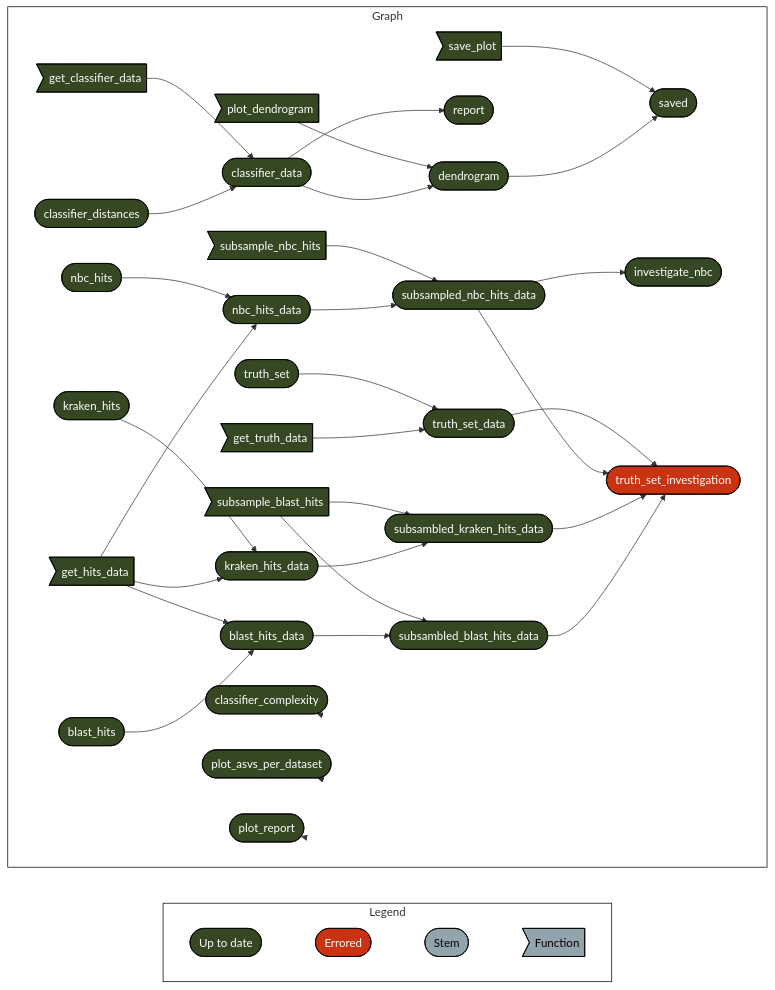
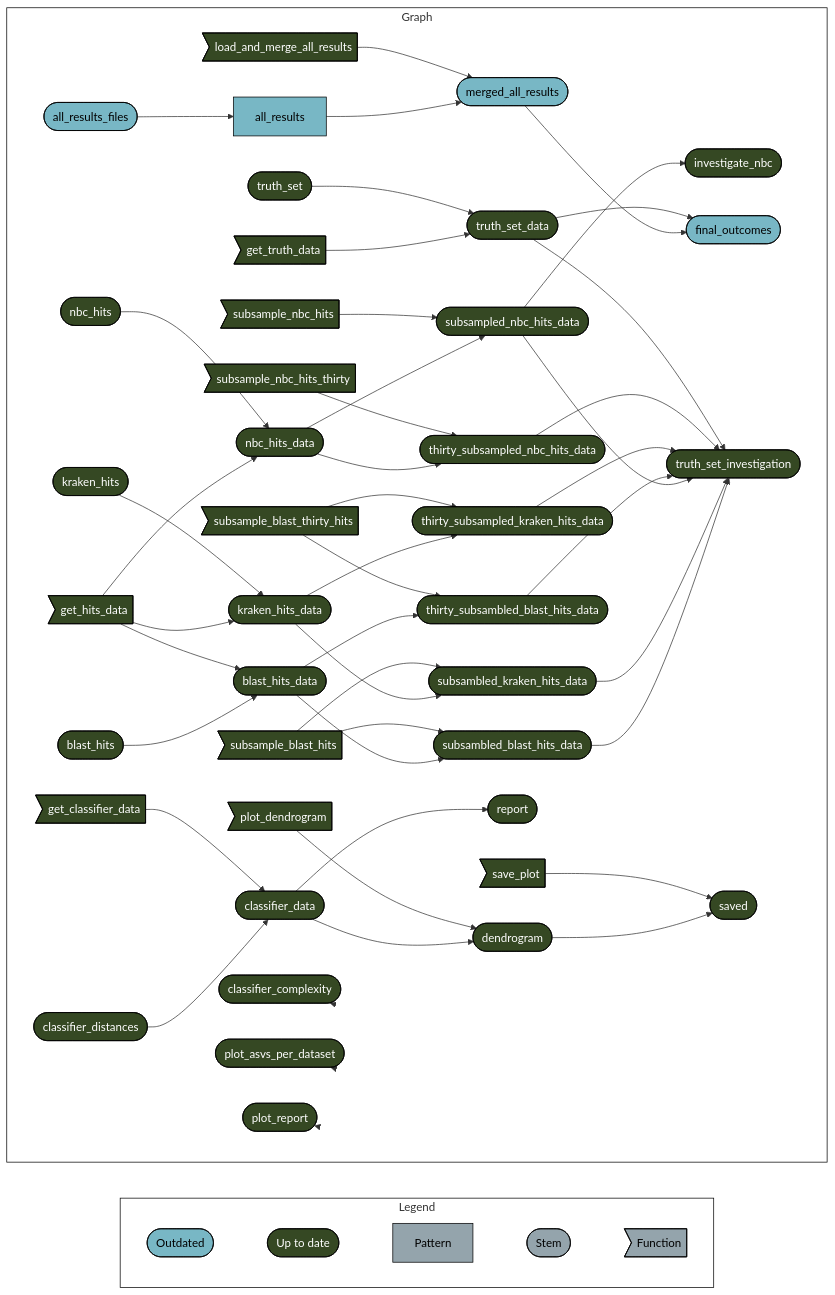
One commit to Computational-Biology-OceanOmics/OceanOmics-classifier-comparison changed the diagram in README.md. Above: the diagram before and after it, drawn with Mermaid.

Commit message:
upgrade mermaid graph

````diff
--- a/README.md
+++ b/README.md
@@ -29,52 +29,68 @@
 ```mermaid
 graph LR
   style Legend fill:#FFFFFF00,stroke:#000000;
   style Graph fill:#FFFFFF00,stroke:#000000;
   subgraph Legend
     direction LR
-    x7420bd9270f8d27d([""Up to date""]):::uptodate --- x4b0c520b8bc07c5b([""Errored""]):::errored
-    x4b0c520b8bc07c5b([""Errored""]):::errored --- xbf4603d6c2c2ad6b([""Stem""]):::none
+    x0a52b03877696646([""Outdated""]):::outdated --- x7420bd9270f8d27d([""Up to date""]):::uptodate
+    x7420bd9270f8d27d([""Up to date""]):::uptodate --- x70a5fa6bea6f298d[""Pattern""]:::none
+    x70a5fa6bea6f298d[""Pattern""]:::none --- xbf4603d6c2c2ad6b([""Stem""]):::none
     xbf4603d6c2c2ad6b([""Stem""]):::none --- xf0bce276fe2b9d3e>""Function""]:::none
   end
   subgraph Graph
     direction LR
     x544a22aeaed1b2e4>"get_truth_data"]:::uptodate --> xbdd42ceae2a54d2c(["truth_set_data"]):::uptodate
     x70199d3b1152e374(["truth_set"]):::uptodate --> xbdd42ceae2a54d2c(["truth_set_data"]):::uptodate
+    x9024d58abea360f6(["kraken_hits_data"]):::uptodate --> xc4269aa5995e6a3f(["subsambled_kraken_hits_data"]):::uptodate
+    xa731a5475c946be2>"subsample_blast_hits"]:::uptodate --> xc4269aa5995e6a3f(["subsambled_kraken_hits_data"]):::uptodate
+    xa63f30966279f049["all_results"]:::outdated --> x92e63fc22641faa5(["merged_all_results"]):::outdated
+    x38eaffe45ba1cf7e>"load_and_merge_all_results"]:::uptodate --> x92e63fc22641faa5(["merged_all_results"]):::outdated
+    xcc0ae95627a4c782(["subsampled_nbc_hits_data"]):::uptodate --> x046634d8ccbfc029(["investigate_nbc"]):::uptodate
+    x837f996ab35491da>"get_hits_data"]:::uptodate --> x42612793169637e0(["nbc_hits_data"]):::uptodate
+    x5117ea88dbd5add2(["nbc_hits"]):::uptodate --> x42612793169637e0(["nbc_hits_data"]):::uptodate
+    x92e63fc22641faa5(["merged_all_results"]):::outdated --> x8fccb58057b5e5e1(["final_outcomes"]):::outdated
+    xbdd42ceae2a54d2c(["truth_set_data"]):::uptodate --> x8fccb58057b5e5e1(["final_outcomes"]):::outdated
+    x7477a20106b865a4(["subsambled_blast_hits_data"]):::uptodate --> xc7b5a37005176fd4(["truth_set_investigation"]):::uptodate
+    xc4269aa5995e6a3f(["subsambled_kraken_hits_data"]):::uptodate --> xc7b5a37005176fd4(["truth_set_investigation"]):::uptodate
+    xcc0ae95627a4c782(["subsampled_nbc_hits_data"]):::uptodate --> xc7b5a37005176fd4(["truth_set_investigation"]):::uptodate
+    xf80ecf3117225a62(["thirty_subsambled_blast_hits_data"]):::uptodate --> xc7b5a37005176fd4(["truth_set_investigation"]):::uptodate
+    x9f533bb9ed6cc0bf(["thirty_subsampled_kraken_hits_data"]):::uptodate --> xc7b5a37005176fd4(["truth_set_investigation"]):::uptodate
+    x25ebbc9fc53b1418(["thirty_subsampled_nbc_hits_data"]):::uptodate --> xc7b5a37005176fd4(["truth_set_investigation"]):::uptodate
+    xbdd42ceae2a54d2c(["truth_set_data"]):::uptodate --> xc7b5a37005176fd4(["truth_set_investigation"]):::uptodate
+    x42612793169637e0(["nbc_hits_data"]):::uptodate --> x25ebbc9fc53b1418(["thirty_subsampled_nbc_hits_data"]):::uptodate
+    x476c8f557e2b0910>"subsample_nbc_hits_thirty"]:::uptodate --> x25ebbc9fc53b1418(["thirty_subsampled_nbc_hits_data"]):::uptodate
     xc65a25d9d96e8f7c(["blast_hits"]):::uptodate --> xe9d8f2de59f79fa1(["blast_hits_data"]):::uptodate
     x837f996ab35491da>"get_hits_data"]:::uptodate --> xe9d8f2de59f79fa1(["blast_hits_data"]):::uptodate
-    x837f996ab35491da>"get_hits_data"]:::uptodate --> x42612793169637e0(["nbc_hits_data"]):::uptodate
-    x5117ea88dbd5add2(["nbc_hits"]):::uptodate --> x42612793169637e0(["nbc_hits_data"]):::uptodate
     x4cbe0500373226c1(["classifier_data"]):::uptodate --> xe0fba61fbc506510(["report"]):::uptodate
+    x2ff9bf2efd8ea8fa(["all_results_files"]):::outdated --> xa63f30966279f049["all_results"]:::outdated
+    xe9d8f2de59f79fa1(["blast_hits_data"]):::uptodate --> x7477a20106b865a4(["subsambled_blast_hits_data"]):::uptodate
+    xa731a5475c946be2>"subsample_blast_hits"]:::uptodate --> x7477a20106b865a4(["subsambled_blast_hits_data"]):::uptodate
+    x4cbe0500373226c1(["classifier_data"]):::uptodate --> x264c7e682ec442b2(["dendrogram"]):::uptodate
+    x994946b41121bfa6>"plot_dendrogram"]:::uptodate --> x264c7e682ec442b2(["dendrogram"]):::uptodate
+    xe9d8f2de59f79fa1(["blast_hits_data"]):::uptodate --> xf80ecf3117225a62(["thirty_subsambled_blast_hits_data"]):::uptodate
+    x1f8a2aa3facf1873>"subsample_blast_thirty_hits"]:::uptodate --> xf80ecf3117225a62(["thirty_subsambled_blast_hits_data"]):::uptodate
+    x9024d58abea360f6(["kraken_hits_data"]):::uptodate --> x9f533bb9ed6cc0bf(["thirty_subsampled_kraken_hits_data"]):::uptodate
+    x1f8a2aa3facf1873>"subsample_blast_thirty_hits"]:::uptodate --> x9f533bb9ed6cc0bf(["thirty_subsampled_kraken_hits_data"]):::uptodate
+    x42612793169637e0(["nbc_hits_data"]):::uptodate --> xcc0ae95627a4c782(["subsampled_nbc_hits_data"]):::uptodate
+    x7cb45ddc20e499f4>"subsample_nbc_hits"]:::uptodate --> xcc0ae95627a4c782(["subsampled_nbc_hits_data"]):::uptodate
     x264c7e682ec442b2(["dendrogram"]):::uptodate --> xaf4a1b2829040c15(["saved"]):::uptodate
     x64d5b6c864f8ce9c>"save_plot"]:::uptodate --> xaf4a1b2829040c15(["saved"]):::uptodate
     xf2c68c9c4c5bbbc3(["classifier_distances"]):::uptodate --> x4cbe0500373226c1(["classifier_data"]):::uptodate
     x8279777903f3f13d>"get_classifier_data"]:::uptodate --> x4cbe0500373226c1(["classifier_data"]):::uptodate
     x837f996ab35491da>"get_hits_data"]:::uptodate --> x9024d58abea360f6(["kraken_hits_data"]):::uptodate
     xc4cff7b61e825181(["kraken_hits"]):::uptodate --> x9024d58abea360f6(["kraken_hits_data"]):::uptodate
-    xe9d8f2de59f79fa1(["blast_hits_data"]):::uptodate --> x7477a20106b865a4(["subsambled_blast_hits_data"]):::uptodate
-    xa731a5475c946be2>"subsample_blast_hits"]:::uptodate --> x7477a20106b865a4(["subsambled_blast_hits_data"]):::uptodate
-    x4cbe0500373226c1(["classifier_data"]):::uptodate --> x264c7e682ec442b2(["dendrogram"]):::uptodate
-    x994946b41121bfa6>"plot_dendrogram"]:::uptodate --> x264c7e682ec442b2(["dendrogram"]):::uptodate
-    x9024d58abea360f6(["kraken_hits_data"]):::uptodate --> xc4269aa5995e6a3f(["subsambled_kraken_hits_data"]):::uptodate
-    xa731a5475c946be2>"subsample_blast_hits"]:::uptodate --> xc4269aa5995e6a3f(["subsambled_kraken_hits_data"]):::uptodate
-    xcc0ae95627a4c782(["subsampled_nbc_hits_data"]):::uptodate --> x046634d8ccbfc029(["investigate_nbc"]):::uptodate
-    x42612793169637e0(["nbc_hits_data"]):::uptodate --> xcc0ae95627a4c782(["subsampled_nbc_hits_data"]):::uptodate
-    x7cb45ddc20e499f4>"subsample_nbc_hits"]:::uptodate --> xcc0ae95627a4c782(["subsampled_nbc_hits_data"]):::uptodate
-    x7477a20106b865a4(["subsambled_blast_hits_data"]):::uptodate --> xc7b5a37005176fd4(["truth_set_investigation"]):::errored
-    xc4269aa5995e6a3f(["subsambled_kraken_hits_data"]):::uptodate --> xc7b5a37005176fd4(["truth_set_investigation"]):::errored
-    xcc0ae95627a4c782(["subsampled_nbc_hits_data"]):::uptodate --> xc7b5a37005176fd4(["truth_set_investigation"]):::errored
-    xbdd42ceae2a54d2c(["truth_set_data"]):::uptodate --> xc7b5a37005176fd4(["truth_set_investigation"]):::errored
     x801b32f234e20cdc(["classifier_complexity"]):::uptodate --> x801b32f234e20cdc(["classifier_complexity"]):::uptodate
     xe40955de534d0cf1(["plot_asvs_per_dataset"]):::uptodate --> xe40955de534d0cf1(["plot_asvs_per_dataset"]):::uptodate
     xbf5ac67708da2696(["plot_report"]):::uptodate --> xbf5ac67708da2696(["plot_report"]):::uptodate
   end
+  classDef outdated stroke:#000000,color:#000000,fill:#78B7C5;
   classDef uptodate stroke:#000000,color:#ffffff,fill:#354823;
-  classDef errored stroke:#000000,color:#ffffff,fill:#C93312;
   classDef none stroke:#000000,color:#000000,fill:#94a4ac;
   linkStyle 0 stroke-width:0px;
   linkStyle 1 stroke-width:0px;
   linkStyle 2 stroke-width:0px;
-  linkStyle 29 stroke-width:0px;
-  linkStyle 30 stroke-width:0px;
-  linkStyle 31 stroke-width:0px;
+  linkStyle 3 stroke-width:0px;
+  linkStyle 44 stroke-width:0px;
+  linkStyle 45 stroke-width:0px;
+  linkStyle 46 stroke-width:0px;
 ```
````
